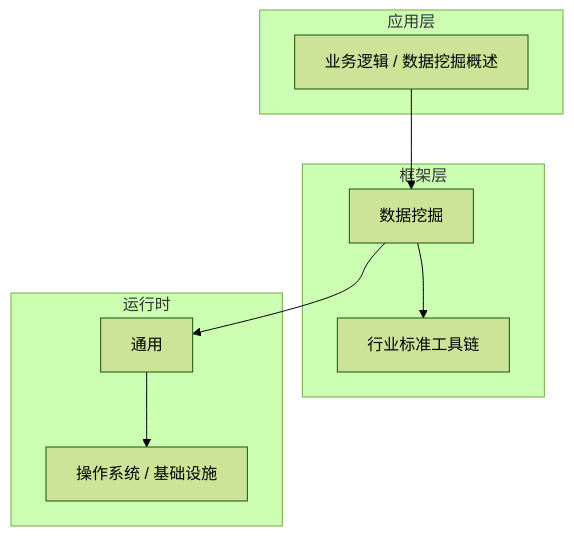
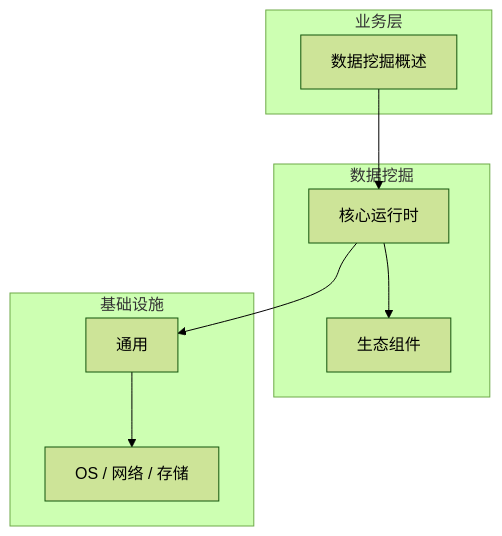
The diagram in articles/数据挖掘/chapters/001-数据挖掘概述核心概念与原理.md (yanggan2015/knowledge-json-v2), drawn with Mermaid (forest theme) before and after one commit. The commit also changed other lines of this file and 10127 other files, not shown here.

````diff
--- a/articles/数据挖掘/chapters/001-数据挖掘概述核心概念与原理.md
+++ b/articles/数据挖掘/chapters/001-数据挖掘概述核心概念与原理.md
@@ -45,18 +30,18 @@
 ```mermaid
 graph TB
-    subgraph 应用层
-        A[业务逻辑 / 数据挖掘概述]
+    subgraph 业务层
+        A[数据挖掘概述]
     end
-    subgraph 框架层
-        B[数据挖掘]
-        C[行业标准工具链]
+    subgraph 数据挖掘
+        B[核心运行时]
+        C[生态组件]
     end
-    subgraph 运行时
+    subgraph 基础设施
         D[通用]
-        E[操作系统 / 基础设施]
+        E[OS / 网络 / 存储]
     end
     A --> B
     B --> C
     B --> D
     D --> E
 ```
````
